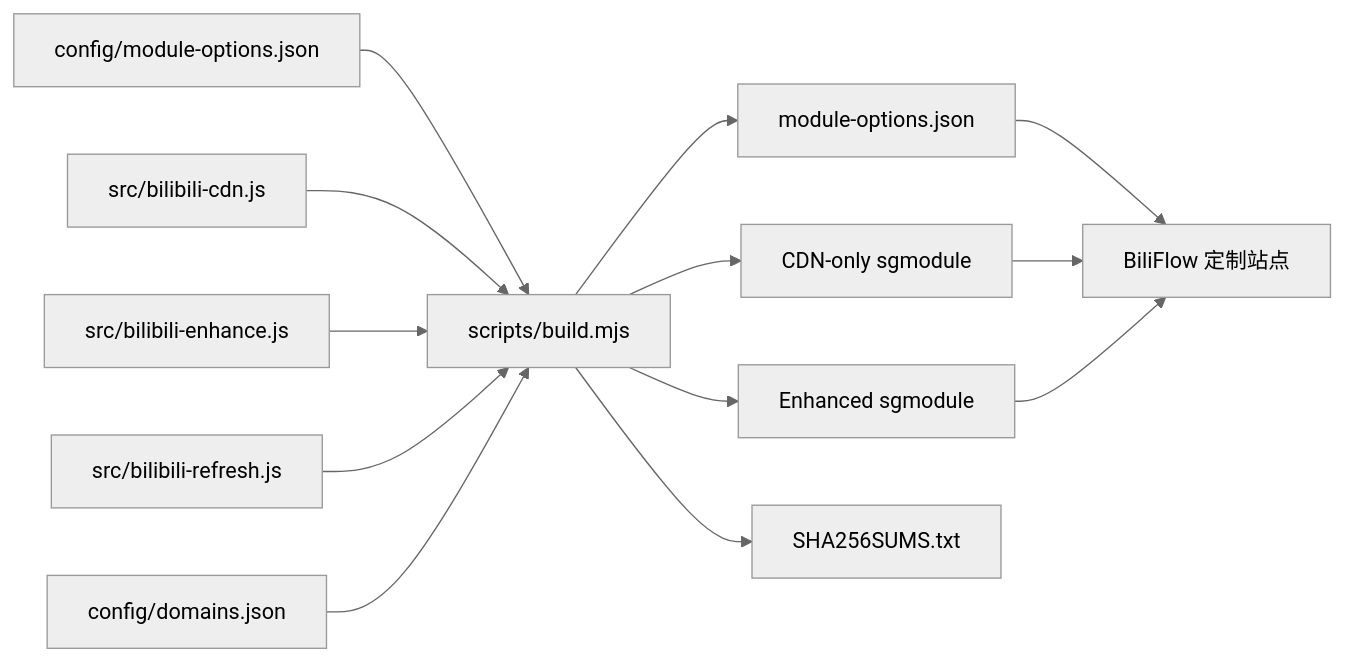
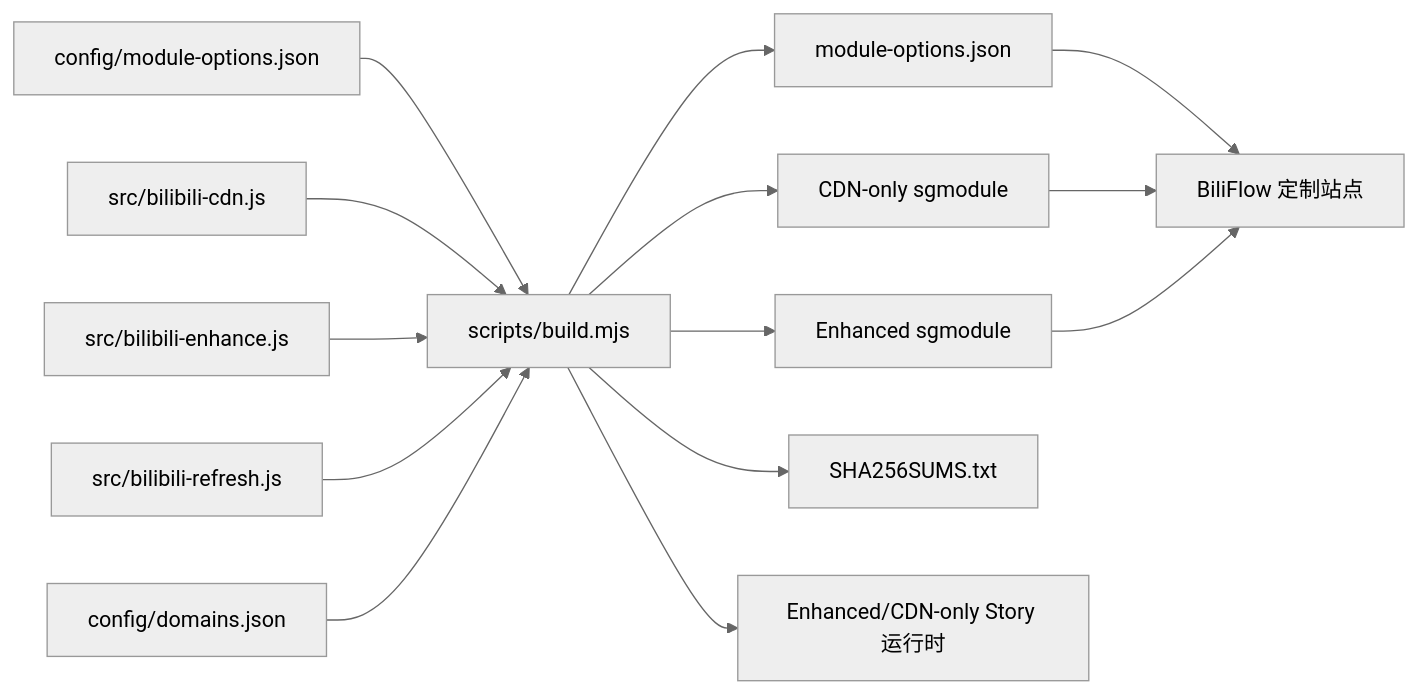
The diagram in docs/V3_ARCHITECTURE.md (STERILITZIA02/IOS_Bilibiliu_CDN_rewrite), drawn with Mermaid (neutral theme) before and after one commit. The commit also changed other lines of this file and 31 other files, not shown here.

````diff
--- a/docs/V3_ARCHITECTURE.md
+++ b/docs/V3_ARCHITECTURE.md
@@ -33,15 +33,16 @@
 ```mermaid
 flowchart LR
   A[config/module-options.json] --> B[scripts/build.mjs]
   C[src/bilibili-cdn.js] --> B
   D[src/bilibili-enhance.js] --> B
   E[src/bilibili-refresh.js] --> B
   K[config/domains.json] --> B
   B --> F[CDN-only sgmodule]
   B --> G[Enhanced sgmodule]
   B --> H[module-options.json]
   B --> I[SHA256SUMS.txt]
+  B --> L[Enhanced/CDN-only Story 运行时]
   H --> J[BiliFlow 定制站点]
   F --> J
   G --> J
 ```
````
